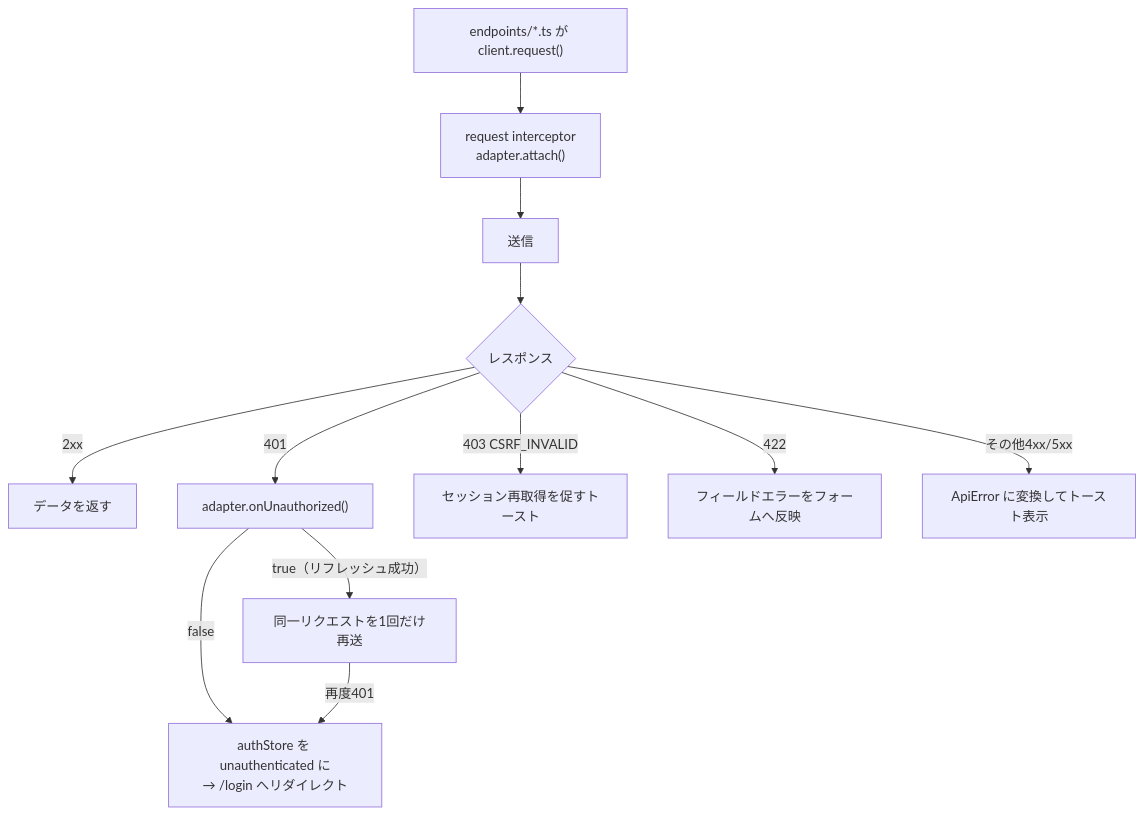
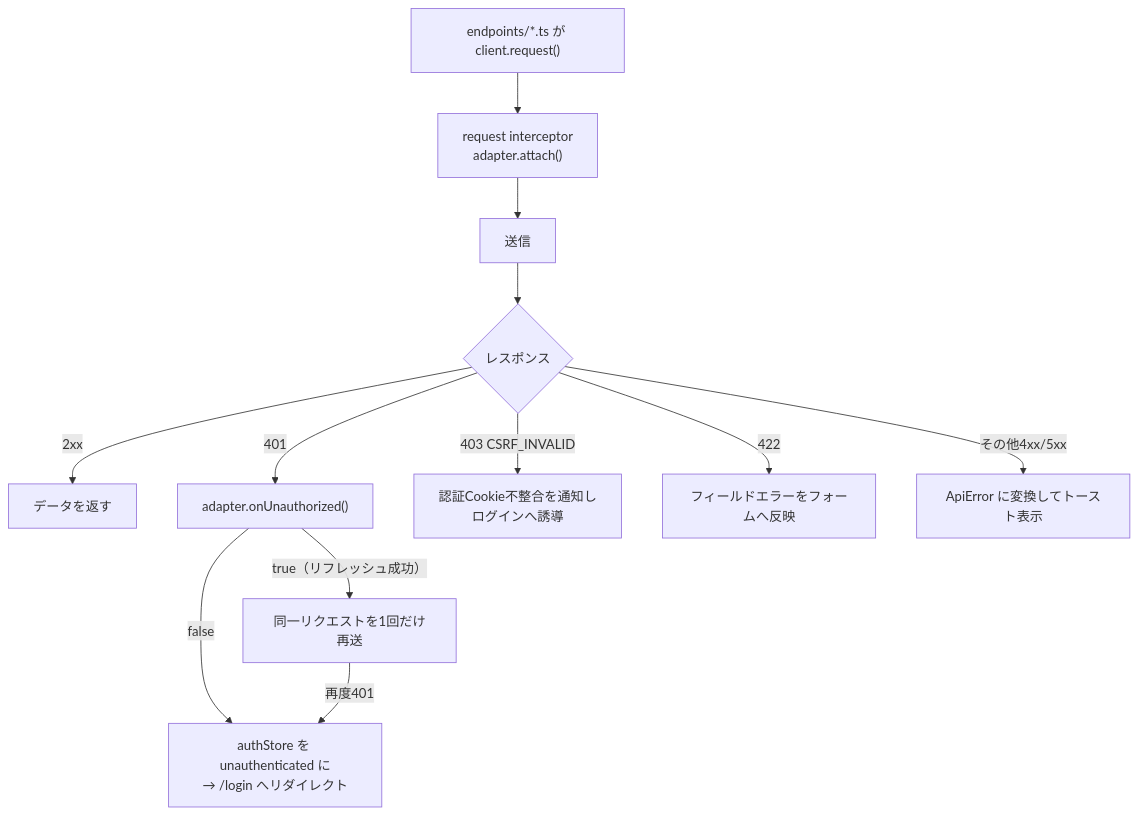
One commit to oikawa-d/task_management changed the sixth of 7 diagrams in basic_design/05_frontend.md. Above: the diagram before and after it, drawn with Mermaid. The commit also changed other lines of this file and 15 other files, not shown here.

````diff
--- a/basic_design/05_frontend.md
+++ b/basic_design/05_frontend.md
@@ -270,14 +270,14 @@
 ```mermaid
 flowchart TB
     A["endpoints/*.ts が client.request()"] --> B["request interceptor<br/>adapter.attach()"]
     B --> C["送信"]
     C --> D{"レスポンス"}
     D -->|"2xx"| E["データを返す"]
     D -->|"401"| F["adapter.onUnauthorized()"]
     F -->|"true（リフレッシュ成功）"| G["同一リクエストを1回だけ再送"]
     F -->|"false"| H["authStore を unauthenticated に<br/>→ /login へリダイレクト"]
-    D -->|"403 CSRF_INVALID"| I["セッション再取得を促すトースト"]
+    D -->|"403 CSRF_INVALID"| I["認証Cookie不整合を通知し<br/>ログインへ誘導"]
     D -->|"422"| J["フィールドエラーをフォームへ反映"]
     D -->|"その他4xx/5xx"| K["ApiError に変換してトースト表示"]
     G -->|"再度401"| H
 ```
````
